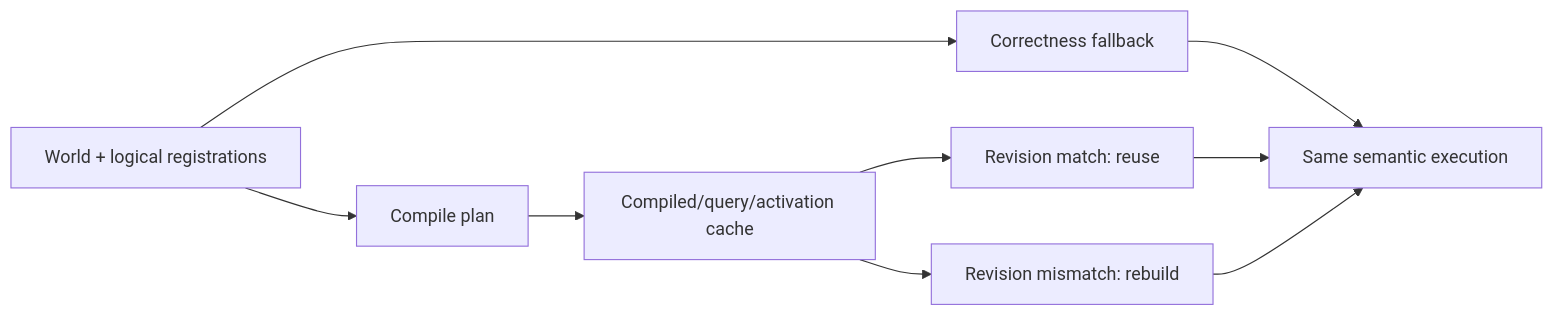
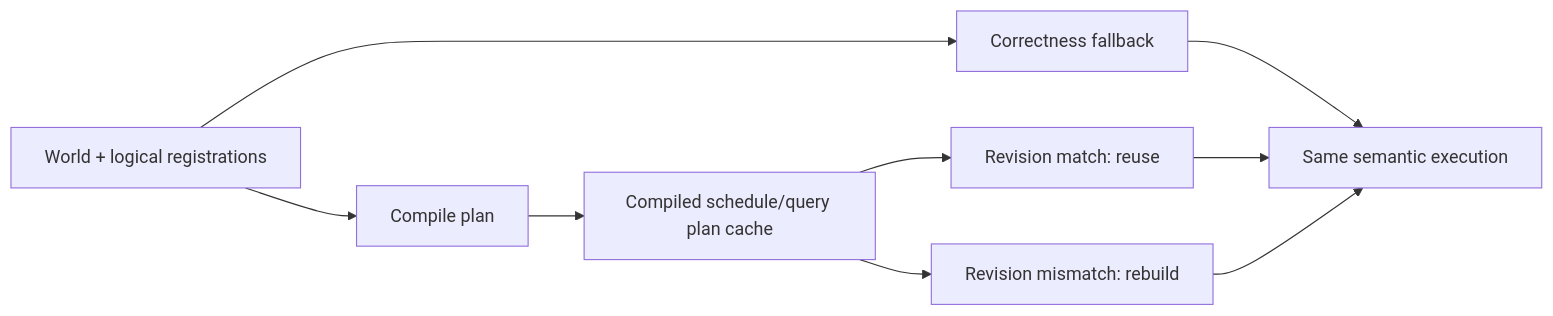
One commit to danphong23/ifol-animation changed the diagram in crates/ifol-ecs/docs/07_cache_and_revision.md. Above: the diagram before and after it, drawn with Mermaid. The commit also changed other lines of this file and 28 other files, not shown here.

```diff
--- a/crates/ifol-ecs/docs/07_cache_and_revision.md
+++ b/crates/ifol-ecs/docs/07_cache_and_revision.md
@@ -8,11 +8,11 @@
 ~~~mermaid
 flowchart LR
     Source["World + logical registrations"] --> Compile["Compile plan"]
-    Compile --> Cache["Compiled/query/activation cache"]
+    Compile --> Cache["Compiled schedule/query plan cache"]
     Cache --> Hit["Revision match: reuse"]
     Cache --> Miss["Revision mismatch: rebuild"]
     Source --> Fallback["Correctness fallback"]
     Fallback --> Execute["Same semantic execution"]
     Hit --> Execute
     Miss --> Execute
 ~~~
```
